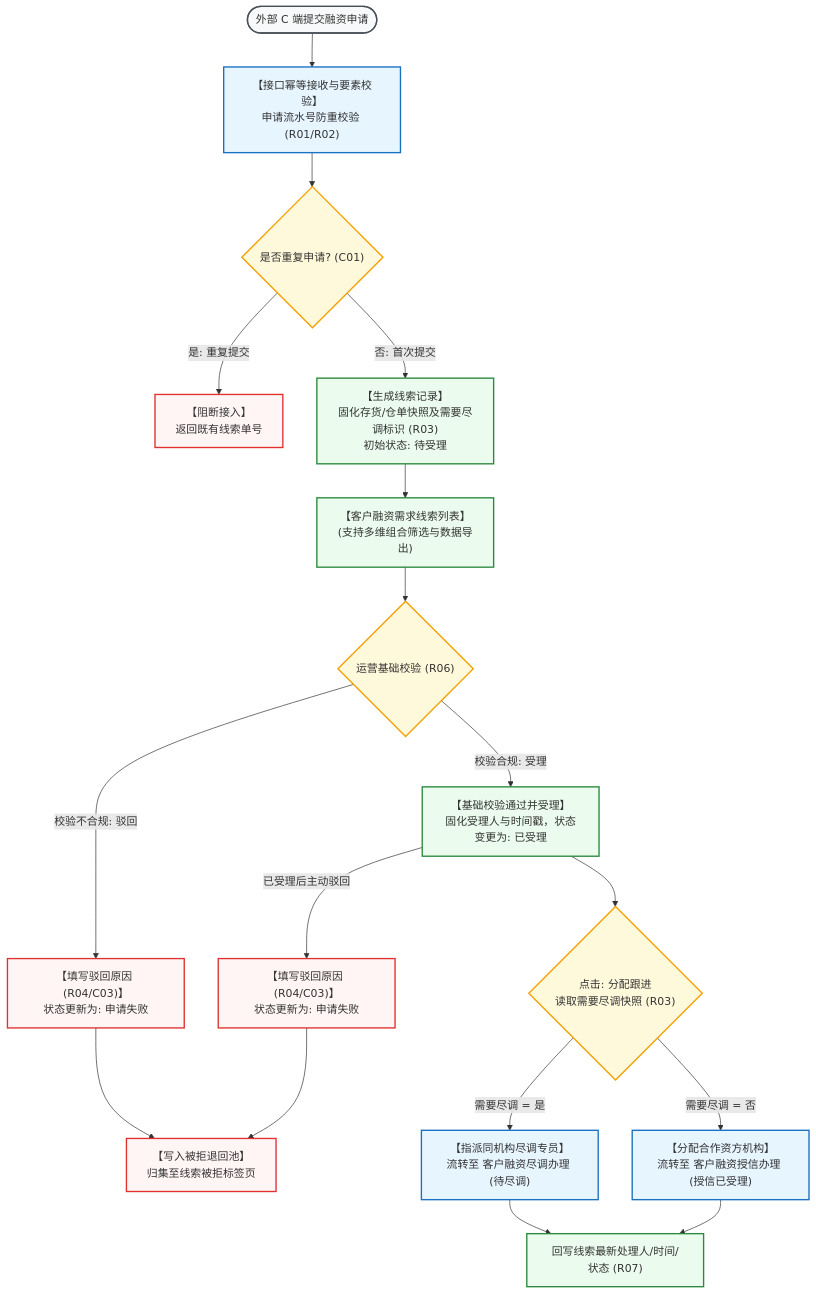
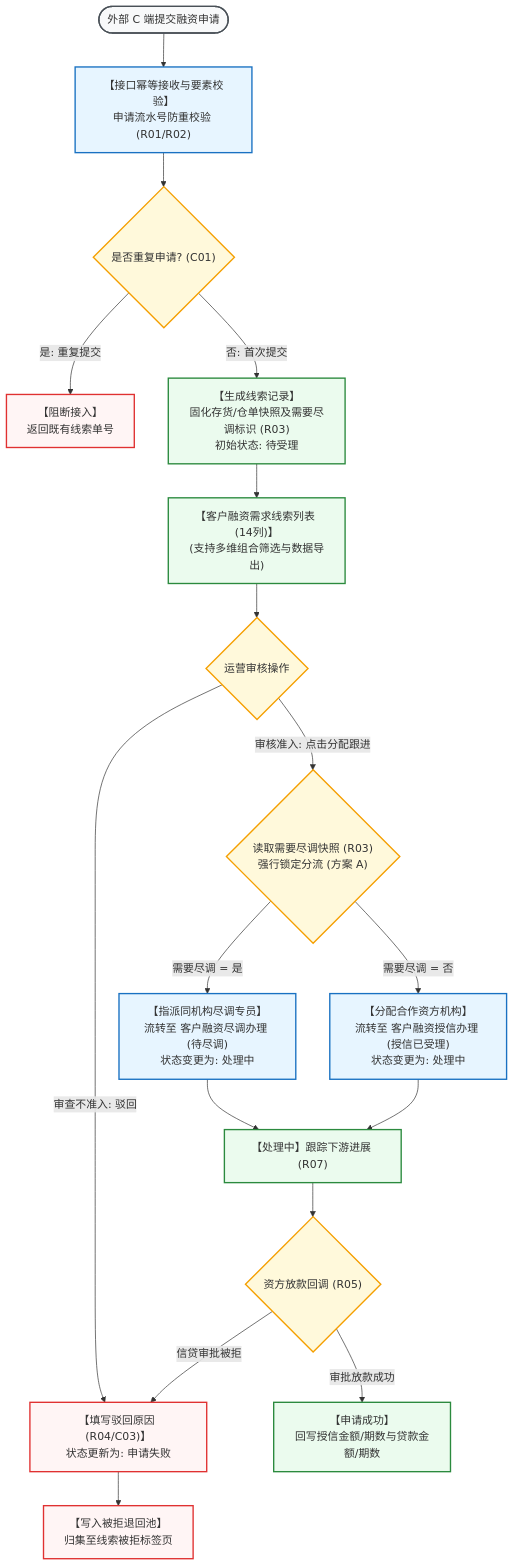
Before and after one commit to RobertHuang999/SYZC: the diagram in 02-PRD文档/🌟🌟🌟-最新基准版/B端PC/04-融资监管/01-融资管理-客户融资需求线索/客户融资需求线索主PRD.md, drawn with Mermaid. The commit also changed other lines of this file and 43 other files, not shown here.

````diff
--- a/02-PRD文档/🌟🌟🌟-最新基准版/B端PC/04-融资监管/01-融资管理-客户融资需求线索/客户融资需求线索主PRD.md
+++ b/02-PRD文档/🌟🌟🌟-最新基准版/B端PC/04-融资监管/01-融资管理-客户融资需求线索/客户融资需求线索主PRD.md
@@ -34,40 +34,37 @@
 ```mermaid
 flowchart TD
     classDef startEnd fill:#f8f9fa,stroke:#495057,stroke-width:2px;
     classDef bizNode fill:#e7f5ff,stroke:#1971c2,stroke-width:2px;
     classDef forkNode fill:#fff9db,stroke:#f59f00,stroke-width:2px;
     classDef coreNode fill:#ebfbee,stroke:#2b8a3e,stroke-width:2px;
     classDef warnNode fill:#fff5f5,stroke:#e03131,stroke-width:2px;
     classDef extNode fill:#f3f0ff,stroke:#7950f2,stroke-width:2px;
 
     Start([外部 C 端提交融资申请]):::startEnd --> Receive["【接口幂等接收与要素校验】<br/>申请流水号防重校验 (R01/R02)"]:::bizNode
 
     Receive --> DuplicateCheck{"是否重复申请? (C01)"}:::forkNode
     DuplicateCheck -->|是: 重复提交| RejectRepeat["【阻断接入】<br/>返回既有线索单号"]:::warnNode
     DuplicateCheck -->|否: 首次提交| CreateLead["【生成线索记录】<br/>固化存货/仓单快照及需要尽调标识 (R03)<br/>初始状态: 待受理"]:::coreNode
 
-    CreateLead --> Ledger["【客户融资需求线索列表】<br/>(支持多维组合筛选与数据导出)"]:::coreNode
+    CreateLead --> Ledger["【客户融资需求线索列表 (14列)】<br/>(支持多维组合筛选与数据导出)"]:::coreNode
 
-    Ledger --> CheckAction{"运营基础校验 (R06)"}:::forkNode
+    Ledger --> CheckAction{"运营审核操作"}:::forkNode
 
-    %% 待受理校验不通过
-    CheckAction -->|校验不合规: 驳回| Reject1["【填写驳回原因 (R04/C03)】<br/>状态更新为: 申请失败"]:::warnNode
-    Reject1 --> Pool["【写入被拒退回池】<br/>归集至线索被拒标签页"]:::warnNode
+    %% 待受理审查不通过：驳回
+    CheckAction -->|审查不准入: 驳回| RejectAction["【填写驳回原因 (R04/C03)】<br/>状态更新为: 申请失败"]:::warnNode
+    RejectAction --> Pool["【写入被拒退回池】<br/>归集至线索被拒标签页"]:::warnNode
 
-    %% 待受理校验通过
-    CheckAction -->|校验合规: 受理| AcceptAction["【基础校验通过并受理】<br/>固化受理人与时间戳，状态变更为: 已受理"]:::coreNode
-
-    AcceptAction --> RouteBranch{"点击: 分配跟进<br/>读取需要尽调快照 (R03)"}:::forkNode
+    %% 待受理审查通过：分配跟进
+    CheckAction -->|审核准入: 点击分配跟进| RouteBranch{"读取需要尽调快照 (R03)<br/>强行锁定分流 (方案 A)"}:::forkNode
 
     %% 需要尽调分流
-    RouteBranch -->|需要尽调 = 是| AssignSurveyor["【指派同机构尽调专员】<br/>流转至 客户融资尽调办理 (待尽调)"]:::bizNode
+    RouteBranch -->|需要尽调 = 是| AssignSurveyor["【指派同机构尽调专员】<br/>流转至 客户融资尽调办理 (待尽调)<br/>状态变更为: 处理中"]:::bizNode
 
     %% 免尽调分流
-    RouteBranch -->|需要尽调 = 否| AssignFunder["【分配合作资方机构】<br/>流转至 客户融资授信办理 (授信已受理)"]:::bizNode
+    RouteBranch -->|需要尽调 = 否| AssignFunder["【分配合作资方机构】<br/>流转至 客户融资授信办理 (授信已受理)<br/>状态变更为: 处理中"]:::bizNode
 
-    %% 已受理主动驳回
-    AcceptAction -->|已受理后主动驳回| Reject2["【填写驳回原因 (R04/C03)】<br/>状态更新为: 申请失败"]:::warnNode
-    Reject2 --> Pool
-
-    AssignSurveyor & AssignFunder --> Complete["回写线索最新处理人/时间/状态 (R07)"]:::coreNode
+    AssignSurveyor & AssignFunder --> Processing["【处理中】跟踪下游进展 (R07)"]:::coreNode
+    Processing --> DownstreamCallback{"资方放款回调 (R05)"}:::forkNode
+    DownstreamCallback -->|审批放款成功| Success["【申请成功】<br/>回写授信金额/期数与贷款金额/期数"]:::coreNode
+    DownstreamCallback -->|信贷审批被拒| RejectAction
 ```
````
